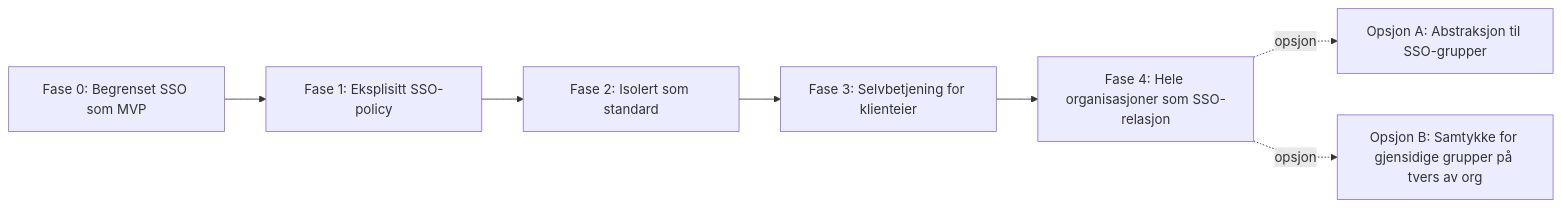
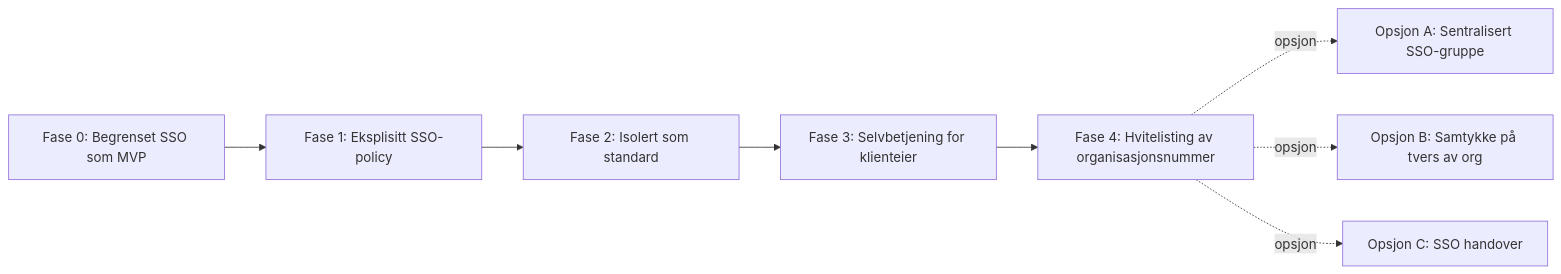
Before and after one commit to felleslosninger/docs: the third of 3 diagrams in _docs/idporten/oidc/oidc_sso_grupper.md, drawn with Mermaid. The commit also changed other lines of this file, not shown here.

First line of the commit message:
ID-7136: spisse SSO-grupper-teksten (#692)

```diff
--- a/_docs/idporten/oidc/oidc_sso_grupper.md
+++ b/_docs/idporten/oidc/oidc_sso_grupper.md
@@ -302,9 +300,10 @@
 <div class="mermaid">
 graph LR
     F0[Fase 0: Begrenset SSO som MVP] --> F1[Fase 1: Eksplisitt SSO-policy]
     F1 --> F2[Fase 2: Isolert som standard]
     F2 --> F3[Fase 3: Selvbetjening for klienteier]
-    F3 --> F4[Fase 4: Hele organisasjoner som SSO-relasjon]
-    F4 -. opsjon .-> OA[Opsjon A: Abstraksjon til SSO-grupper]
-    F4 -. opsjon .-> OB[Opsjon B: Samtykke for gjensidige grupper på tvers av org]
+    F3 --> F4[Fase 4: Hvitelisting av organisasjonsnummer]
+    F4 -. opsjon .-> OA[Opsjon A: Sentralisert SSO-gruppe]
+    F4 -. opsjon .-> OB[Opsjon B: Samtykke på tvers av org]
+    F4 -. opsjon .-> OC[Opsjon C: SSO handover]
 </div>
```
